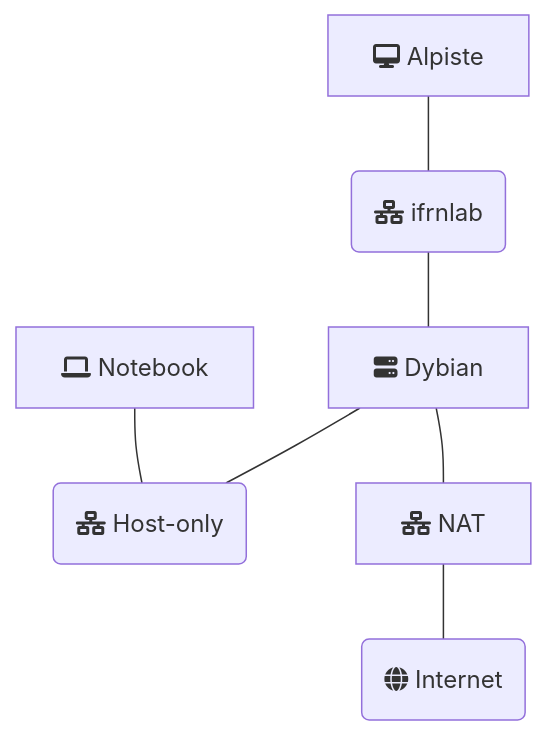
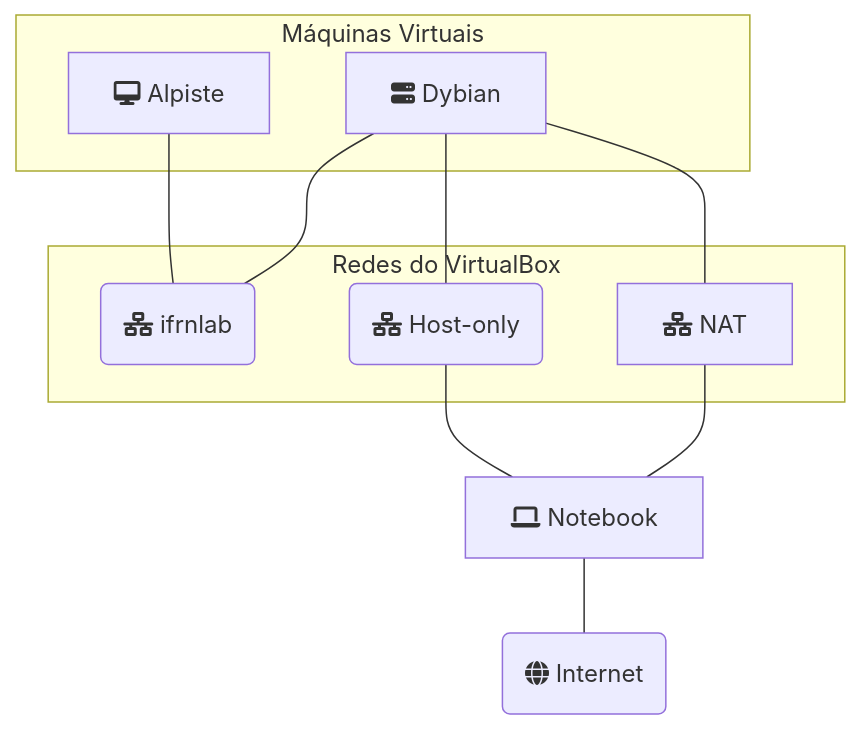
One commit to ifrnlab/netlab changed the diagram in diagramas/ifrnlab.md. Above: the diagram before and after it, drawn with Mermaid.

````diff
--- a/diagramas/ifrnlab.md
+++ b/diagramas/ifrnlab.md
@@ -3,18 +3,23 @@
 ```mermaid
 graph TD
 
-  %% Dispositivos
-  alpiste[fa:fa-desktop Alpiste]
-  dybian[fa:fa-server Dybian]
-  notebook[fa:fa-laptop Notebook]
+    %% Dispositivos
+    subgraph Máquinas Virtuais
+        alpiste[fa:fa-desktop Alpiste]
+        dybian[fa:fa-server Dybian]
+    end
+    notebook[fa:fa-laptop Notebook]
 
-  %% Redes
-  ifrnlab(fa:fa-network-wired ifrnlab)
-  hostonly("fa:fa-network-wired Host-only")
-  internet(fa:fa-globe Internet)
-  
-  %% Ligações entre redes e dispositivos
-  dybian --- hostonly
-  notebook --- hostonly
-  alpiste --- ifrnlab --- dybian --- NAT[fa:fa-network-wired NAT] --- internet
+    %% Redes
+    subgraph Redes do VirtualBox
+        ifrnlab(fa:fa-network-wired ifrnlab)
+        hostonly("fa:fa-network-wired Host-only")
+        nat[fa:fa-network-wired NAT]
+    end
+
+    internet(fa:fa-globe Internet)
+    
+    %% Ligações entre redes e dispositivos
+    alpiste & dybian --- ifrnlab
+    dybian --- hostonly & nat --- notebook --- internet
 ```
````
